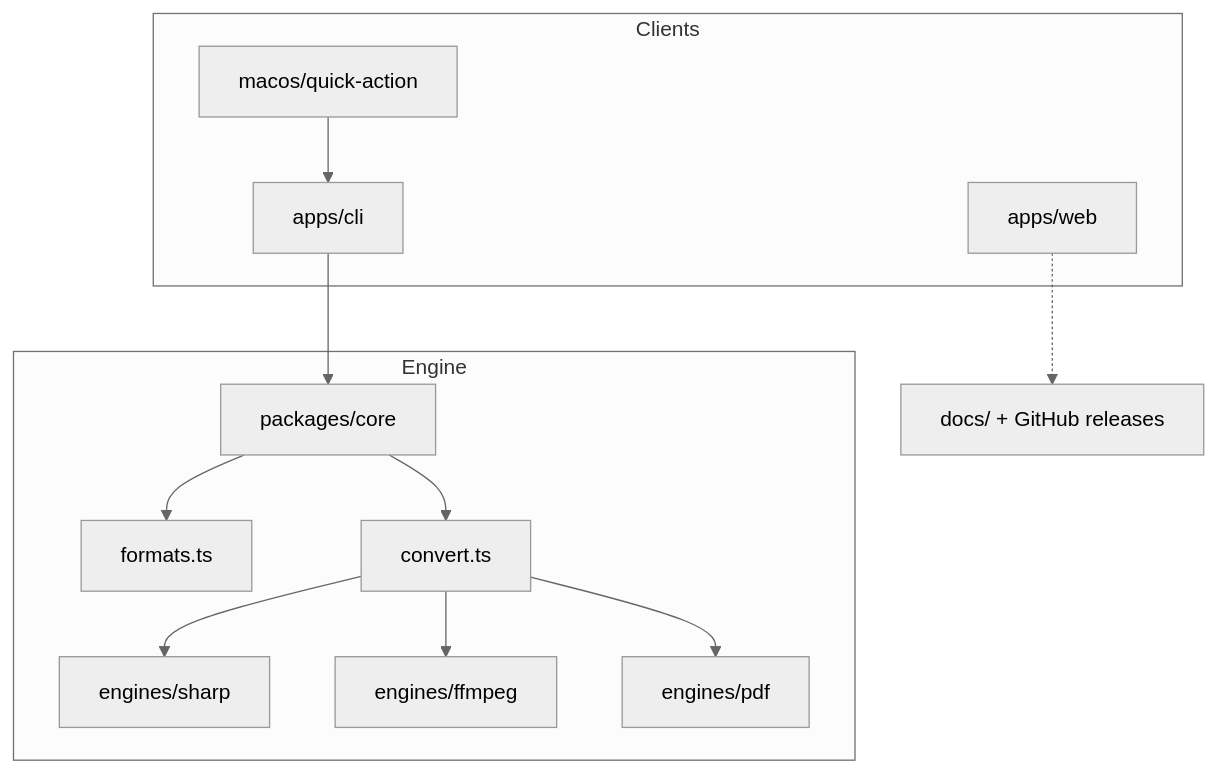
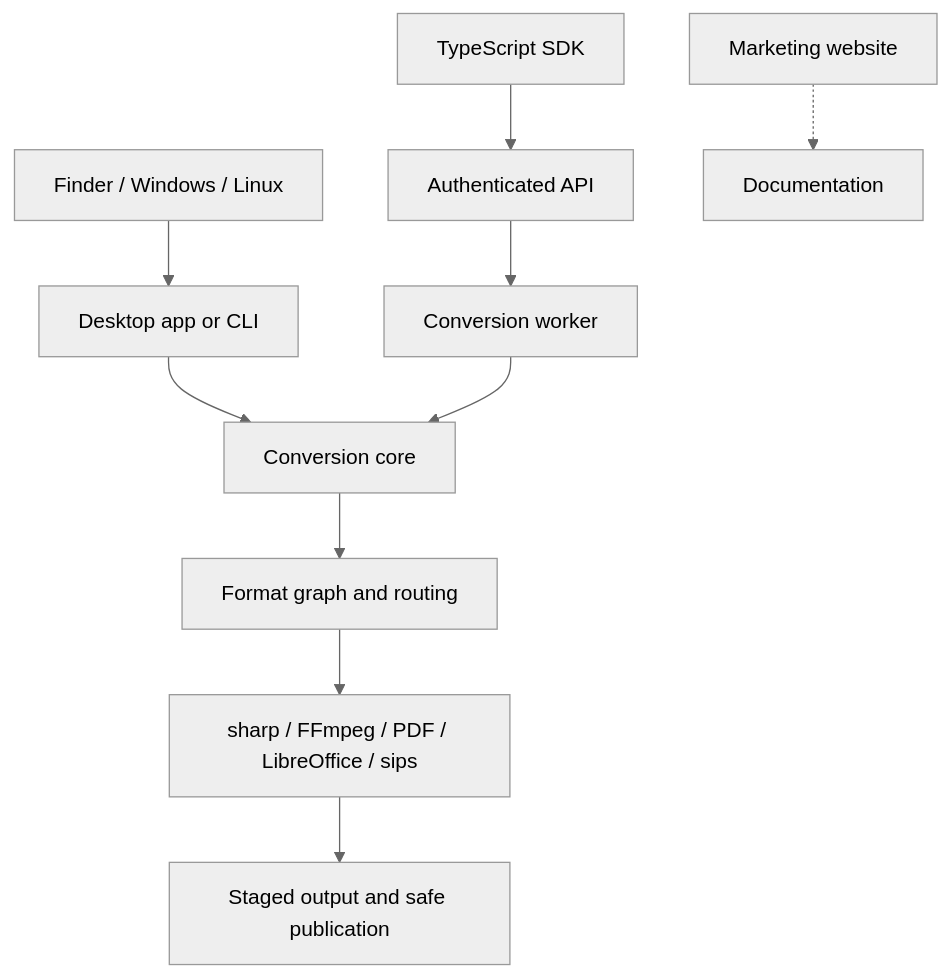
One commit to smeltery/convrt changed the diagram in docs/architecture/README.md. Above: the diagram before and after it, drawn with Mermaid (neutral theme). The commit also changed other lines of this file and 179 other files, not shown here.

Commit message:
feat: expand conversion tools and self-hosted API with docs

````diff
--- a/docs/architecture/README.md
+++ b/docs/architecture/README.md
@@ -3,26 +3,12 @@
 ```mermaid
 flowchart TB
-  subgraph clients [Clients]
-    web["apps/web"]
-    cli["apps/cli"]
-    qa["macos/quick-action"]
-  end
-
-  subgraph engine [Engine]
-    core["packages/core"]
-    formats["formats.ts"]
-    convert["convert.ts"]
-    sharpE["engines/sharp"]
-    ffmpegE["engines/ffmpeg"]
-    pdfE["engines/pdf"]
-  end
-
-  qa --> cli
-  cli --> core
-  core --> formats
-  core --> convert
-  convert --> sharpE
-  convert --> ffmpegE
-  convert --> pdfE
-  web -.-> docs["docs/ + GitHub releases"]
+  shell["Finder / Windows / Linux"] --> desktop["Desktop app or CLI"]
+  desktop --> core["Conversion core"]
+  sdk["TypeScript SDK"] --> api["Authenticated API"]
+  api --> worker["Conversion worker"]
+  worker --> core
+  core --> routes["Format graph and routing"]
+  routes --> engines["sharp / FFmpeg / PDF / LibreOffice / sips"]
+  engines --> output["Staged output and safe publication"]
+  web["Marketing website"] -.-> docs["Documentation"]
 ```
````
